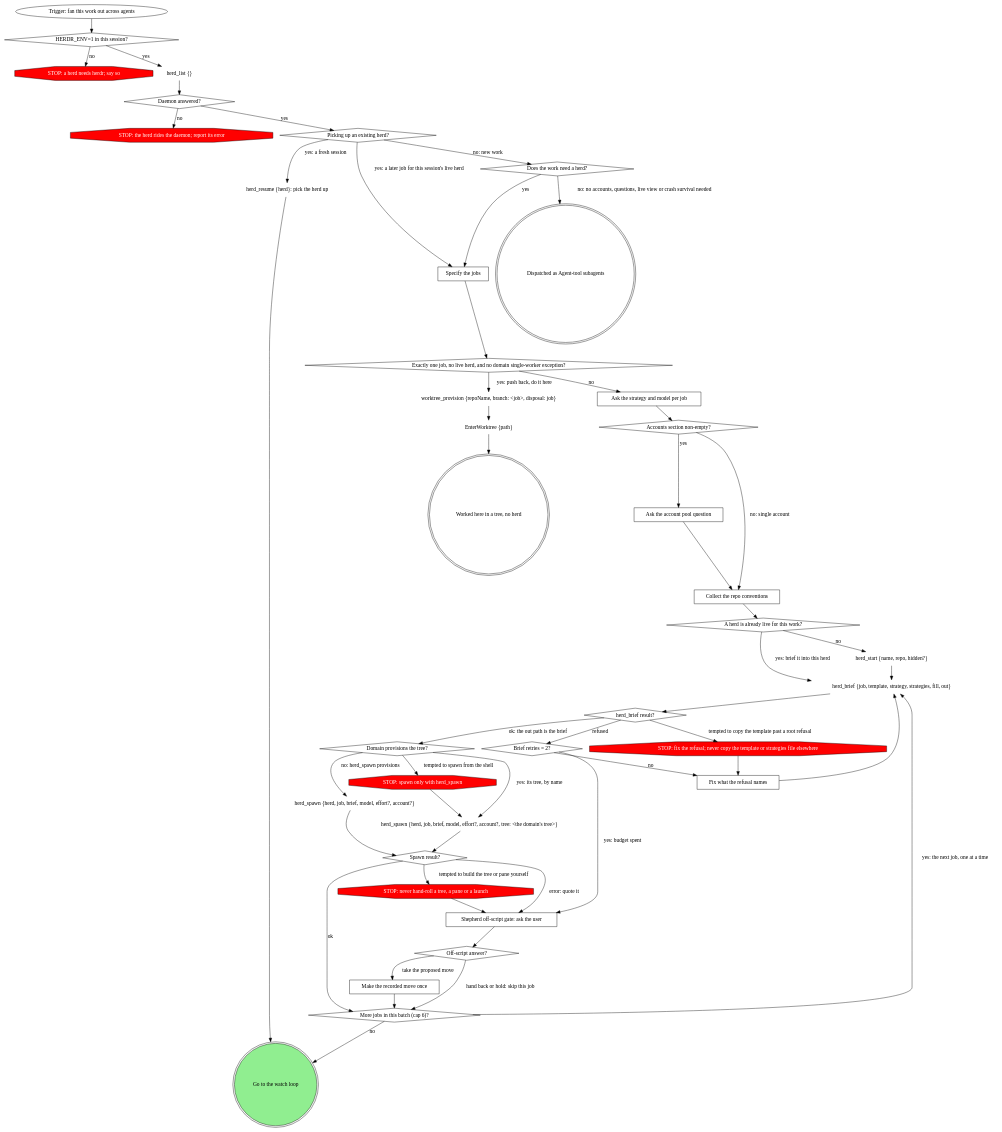
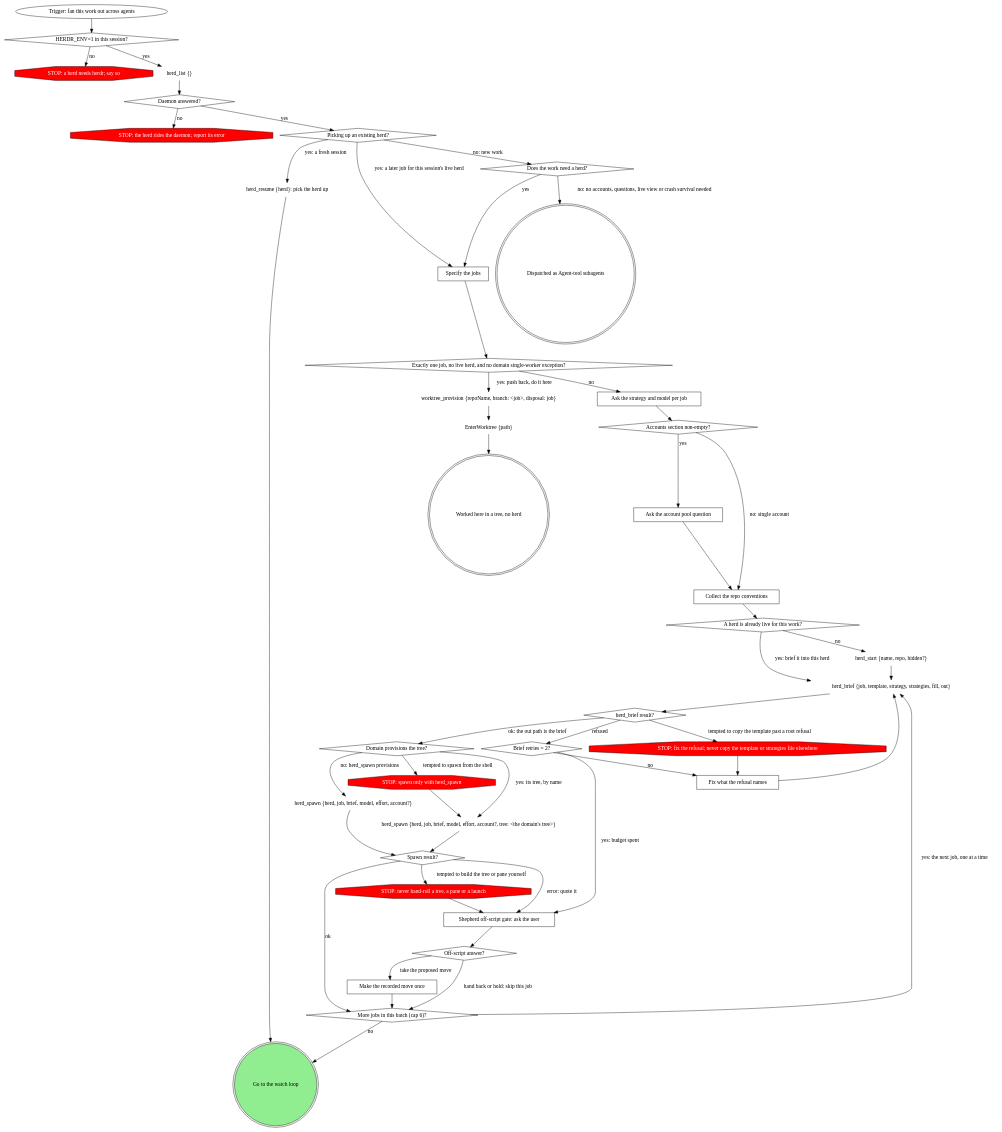
Before and after one commit to m4ttstack/mattstack: the first of 3 diagrams in docs/superpowers/specs/2026-10-16-shepherdr-skill-design.md, drawn with Graphviz. The commit also changed other lines of this file and 3 other files, not shown here.

Commit message:
shepherdr: effort on every spawn; plan names 0.31.16

```diff
--- a/docs/superpowers/specs/2026-10-16-shepherdr-skill-design.md
+++ b/docs/superpowers/specs/2026-10-16-shepherdr-skill-design.md
@@ -411,8 +414,8 @@
     "Fix what the refusal names" [shape=box];
     "STOP: fix the refusal; never copy the template or strategies file elsewhere" [shape=octagon style=filled fillcolor=red fontcolor=white];
     "Domain provisions the tree?" [shape=diamond];
-    "herd_spawn {herd, job, brief, model, effort?, account?}" [shape=plaintext];
-    "herd_spawn {herd, job, brief, model, effort?, account?, tree: <the domain's tree>}" [shape=plaintext];
+    "herd_spawn {herd, job, brief, model, effort, account?}" [shape=plaintext];
+    "herd_spawn {herd, job, brief, model, effort, account?, tree: <the domain's tree>}" [shape=plaintext];
     "STOP: spawn only with herd_spawn" [shape=octagon style=filled fillcolor=red fontcolor=white];
     "Spawn result?" [shape=diamond];
     "STOP: never hand-roll a tree, a pane or a launch" [shape=octagon style=filled fillcolor=red fontcolor=white];
@@ -455,12 +458,12 @@
     "Brief retries = 2?" -> "Fix what the refusal names" [label="no"];
     "Brief retries = 2?" -> "Shepherd off-script gate: ask the user" [label="yes: budget spent"];
     "Fix what the refusal names" -> "herd_brief {job, template, strategy, strategies, fill, out}";
-    "Domain provisions the tree?" -> "herd_spawn {herd, job, brief, model, effort?, account?}" [label="no: herd_spawn provisions"];
-    "Domain provisions the tree?" -> "herd_spawn {herd, job, brief, model, effort?, account?, tree: <the domain's tree>}" [label="yes: its tree, by name"];
+    "Domain provisions the tree?" -> "herd_spawn {herd, job, brief, model, effort, account?}" [label="no: herd_spawn provisions"];
+    "Domain provisions the tree?" -> "herd_spawn {herd, job, brief, model, effort, account?, tree: <the domain's tree>}" [label="yes: its tree, by name"];
     "Domain provisions the tree?" -> "STOP: spawn only with herd_spawn" [label="tempted to spawn from the shell"];
-    "STOP: spawn only with herd_spawn" -> "herd_spawn {herd, job, brief, model, effort?, account?, tree: <the domain's tree>}";
-    "herd_spawn {herd, job, brief, model, effort?, account?}" -> "Spawn result?";
-    "herd_spawn {herd, job, brief, model, effort?, account?, tree: <the domain's tree>}" -> "Spawn result?";
+    "STOP: spawn only with herd_spawn" -> "herd_spawn {herd, job, brief, model, effort, account?, tree: <the domain's tree>}";
+    "herd_spawn {herd, job, brief, model, effort, account?}" -> "Spawn result?";
+    "herd_spawn {herd, job, brief, model, effort, account?, tree: <the domain's tree>}" -> "Spawn result?";
     "Spawn result?" -> "More jobs in this batch (cap 6)?" [label="ok"];
     "Spawn result?" -> "Shepherd off-script gate: ask the user" [label="error: quote it"];
     "Spawn result?" -> "STOP: never hand-roll a tree, a pane or a launch" [label="tempted to build the tree or pane yourself"];
```
